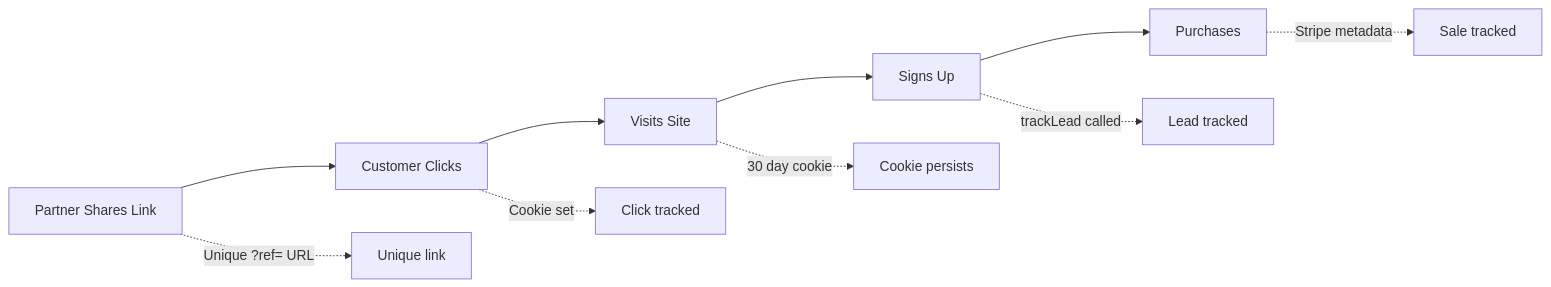
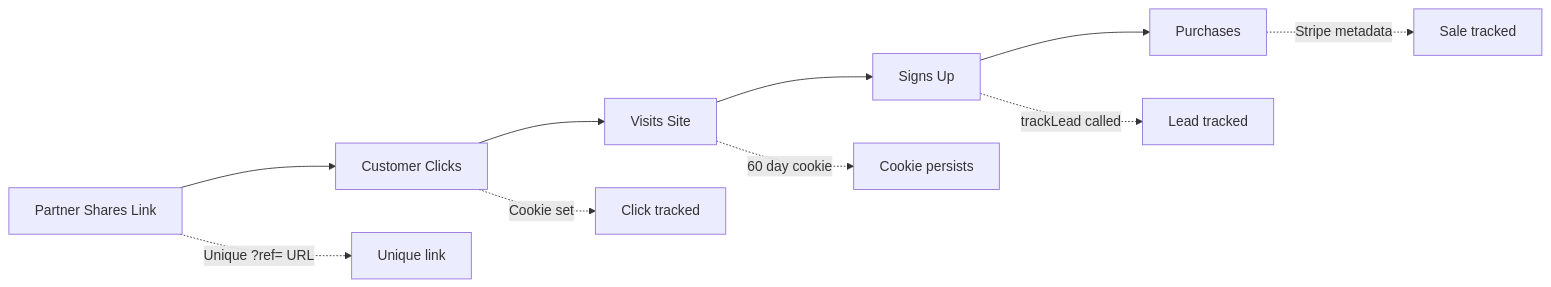
One commit to Affitor/affitor-docs changed the diagram in src/content/docs/advertisers/tracking/tracking-overview.mdx. Above: the diagram before and after it, drawn with Mermaid. The commit also changed other lines of this file and 5 other files, not shown here.

````diff
--- a/src/content/docs/advertisers/tracking/tracking-overview.mdx
+++ b/src/content/docs/advertisers/tracking/tracking-overview.mdx
@@ -26,13 +26,13 @@
 ```mermaid
 graph LR
     A[Partner Shares Link] --> B[Customer Clicks]
     B --> C[Visits Site]
     C --> D[Signs Up]
     D --> E[Purchases]
     
     A -.->|Unique ?ref= URL| A1[Unique link]
     B -.->|Cookie set| B1[Click tracked]
-    C -.->|30 day cookie| C1[Cookie persists]
+    C -.->|60 day cookie| C1[Cookie persists]
     D -.->|trackLead called| D1[Lead tracked]
     E -.->|Stripe metadata| E1[Sale tracked]
 ```
````
